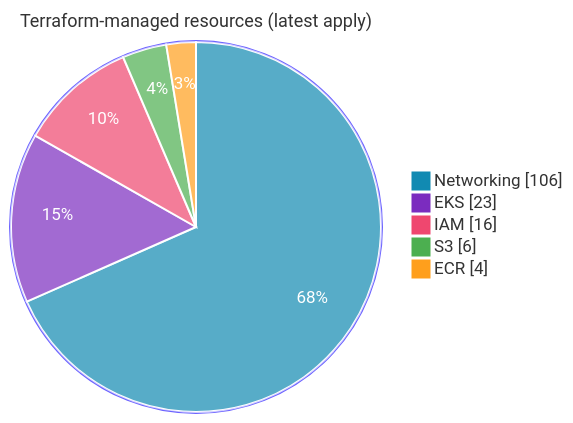
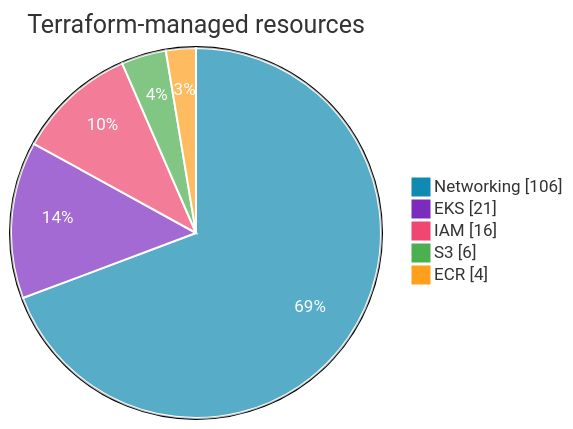
Before and after one commit to muntaha747/FinTech-Enterprise-Project: the second of 12 diagrams in Terraform-FinTech-Infra/README.md, drawn with Mermaid. The commit also changed other lines of this file and 1 other file, not shown here.

Commit message:
Fix README Mermaid diagrams, add interview notes; drop duplicate root EKS access entry [skip CI]

````diff
--- a/Terraform-FinTech-Infra/README.md
+++ b/Terraform-FinTech-Infra/README.md
@@ -75,10 +86,10 @@
 ```mermaid
-%%{init: {'theme':'base','themeVariables':{'pie1':'#118AB2','pie2':'#7B2CBF','pie3':'#EF476F','pie4':'#4CAF50','pie5':'#FF9F1C','pieTitleTextSize':'18px','pieSectionTextColor':'#ffffff','pieStrokeColor':'#ffffff','pieOuterStrokeColor':'#6C63FF'}}}%%
+%%{init: {"theme": "base", "themeVariables": {"pie1": "#118AB2", "pie2": "#7B2CBF", "pie3": "#EF476F", "pie4": "#4CAF50", "pie5": "#FF9F1C", "pieSectionTextColor": "#ffffff", "pieStrokeColor": "#ffffff"}}}%%
 pie showData
-    title Terraform-managed resources (latest apply)
+    title Terraform-managed resources
     "Networking" : 106
-    "EKS" : 23
+    "EKS" : 21
     "IAM" : 16
     "S3" : 6
     "ECR" : 4
 ```
````
